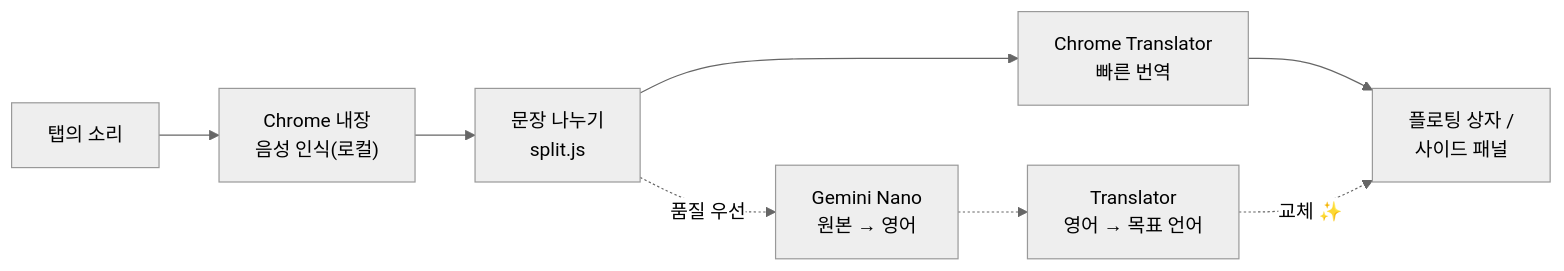
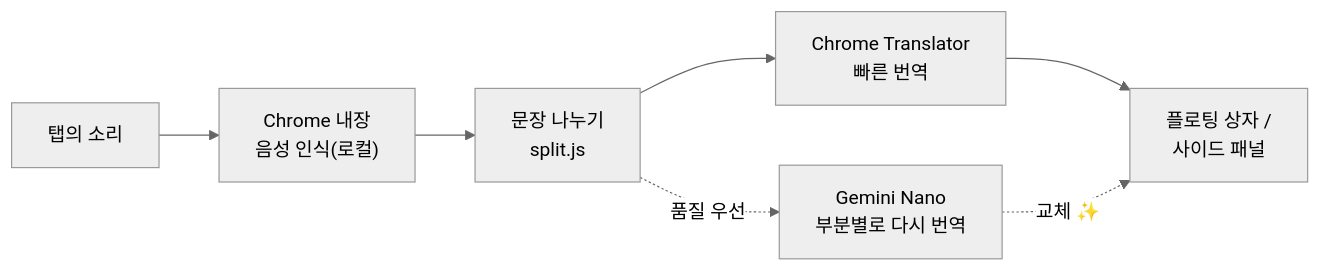
Before and after one commit to Ashur5457/freelivesub: the diagram in README.ko.md, drawn with Mermaid (neutral theme). The commit also changed other lines of this file and 13 other files, not shown here.

````diff
--- a/README.ko.md
+++ b/README.ko.md
@@ -41,10 +41,9 @@
 ```mermaid
 flowchart LR
   TAB["탭의 소리"] --> SR["Chrome 내장<br/>음성 인식(로컬)"]
   SR --> SPLIT["문장 나누기<br/>split.js"]
   SPLIT --> TR["Chrome Translator<br/>빠른 번역"]
   TR --> SUB["플로팅 상자 /<br/>사이드 패널"]
-  SPLIT -. 품질 우선 .-> NANO["Gemini Nano<br/>원본 → 영어"]
-  NANO -.-> TR2["Translator<br/>영어 → 목표 언어"]
-  TR2 -. 교체 ✨ .-> SUB
+  SPLIT -. 품질 우선 .-> NANO["Gemini Nano<br/>부분별로 다시 번역"]
+  NANO -. 교체 ✨ .-> SUB
 ```
````
